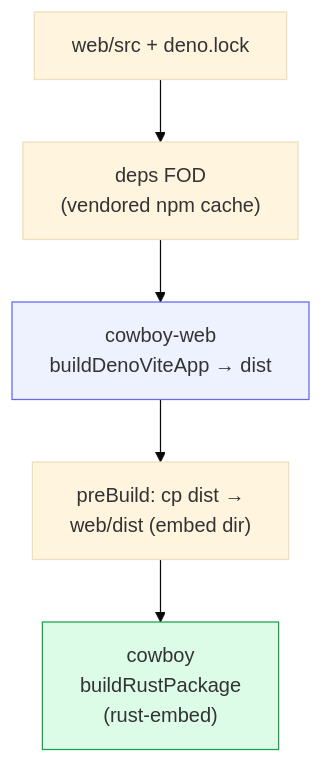
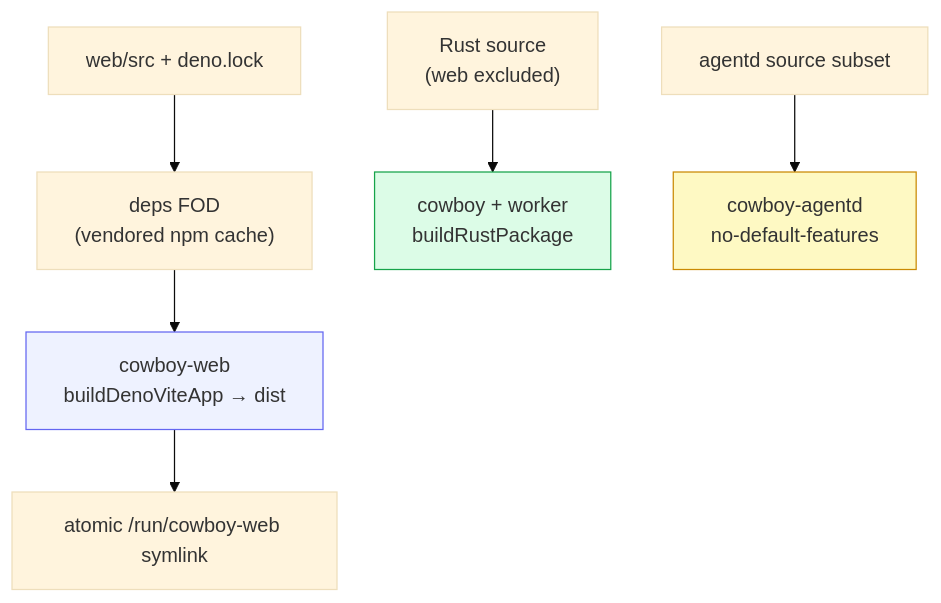
One commit to dravengarden/cowboy changed the diagram in docs/architecture/10-deploy-build.md. Above: the diagram before and after it, drawn with Mermaid (base theme). The commit also changed other lines of this file and 30 other files, not shown here.

````diff
--- a/docs/architecture/10-deploy-build.md
+++ b/docs/architecture/10-deploy-build.md
@@ -9,10 +9,12 @@
 ```mermaid
 flowchart TB
     SRC["web/src + deno.lock"] --> DEPS["deps FOD<br/>(vendored npm cache)"]
     DEPS --> WEB["cowboy-web<br/>buildDenoViteApp → dist"]
-    WEB --> EMB["preBuild: cp dist →<br/>web/dist (embed dir)"]
-    EMB --> BIN["cowboy<br/>buildRustPackage<br/>(rust-embed)"]
+    RS["Rust source<br/>(web excluded)"] --> BIN["cowboy + worker<br/>buildRustPackage"]
+    ADS["agentd source subset"] --> AD["cowboy-agentd<br/>no-default-features"]
+    WEB --> LINK["atomic /run/cowboy-web symlink"]
 
     style WEB fill:#eef2ff,stroke:#6366f1
     style BIN fill:#dcfce7,stroke:#16a34a
+    style AD fill:#fef9c3,stroke:#ca8a04
 ```
````
